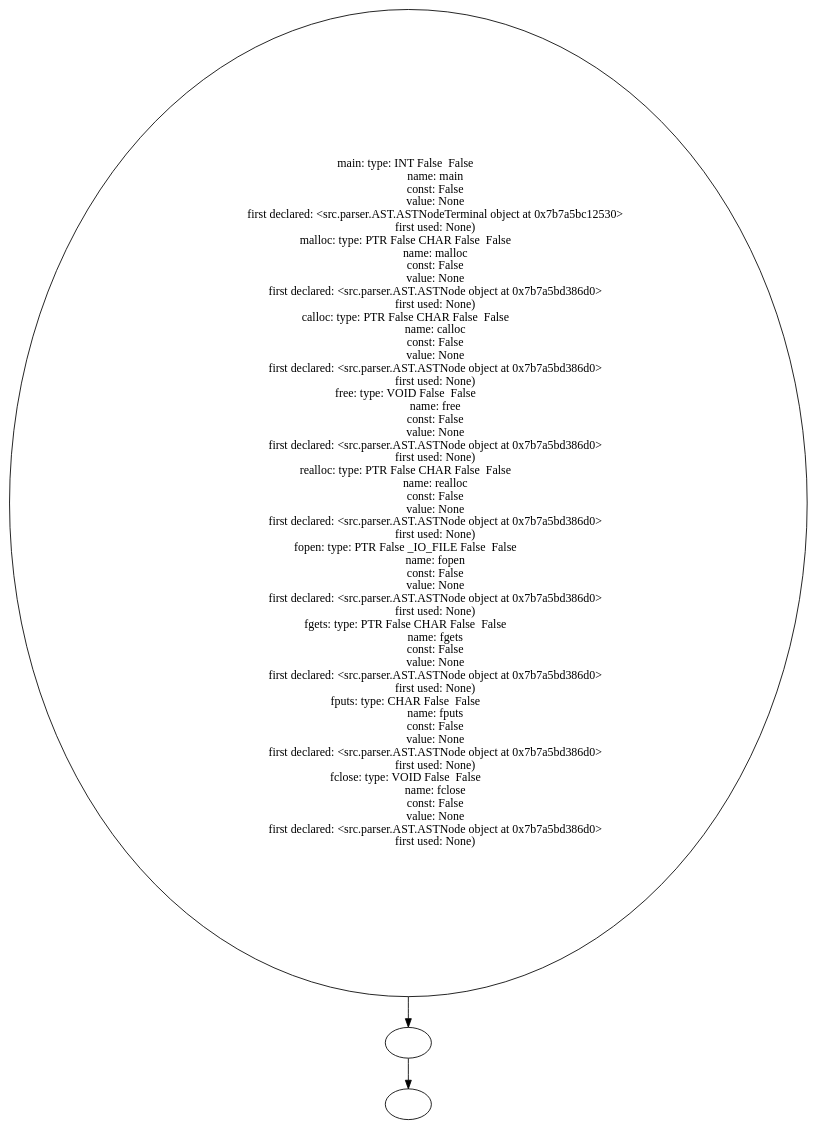
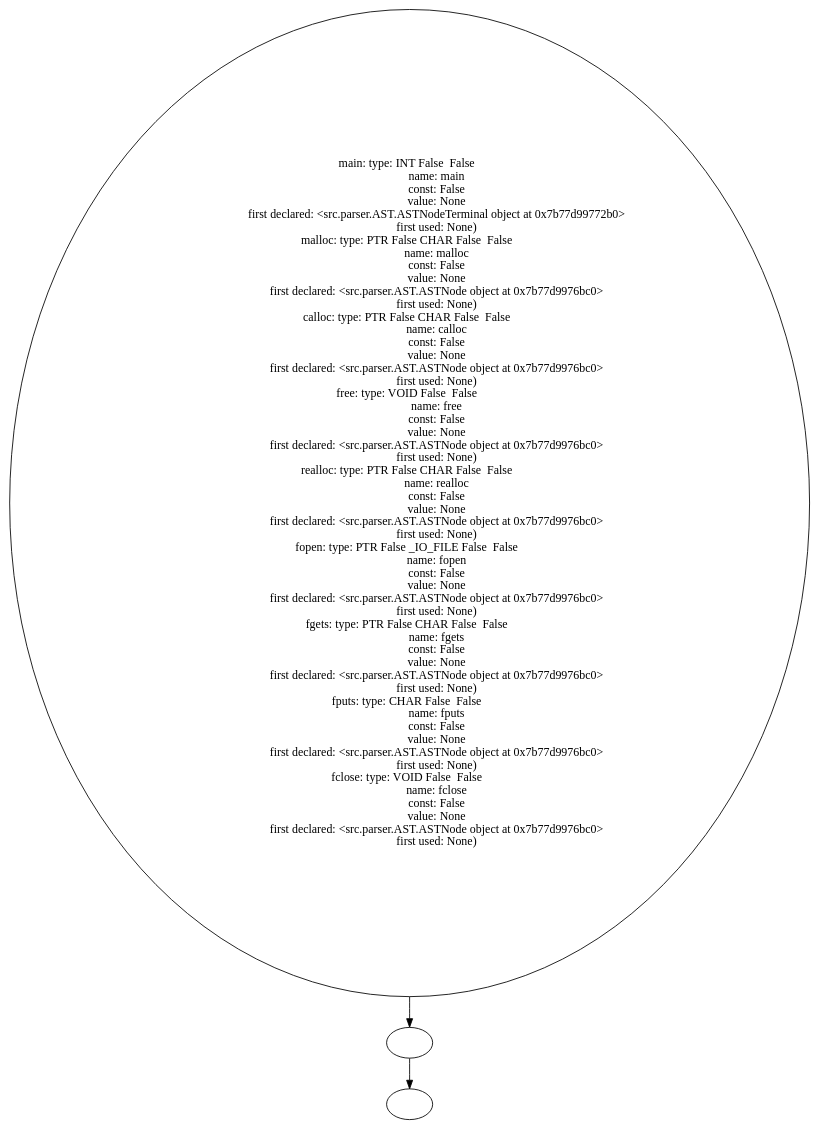
Before and after one commit to Are-you-listening/Compilers: the diagram in example_source_files/20_6_semantic_errors/20_6_semantic_errors_table.dot, drawn with Graphviz. The commit also changed 286 other files, not shown here.

```diff
--- a/example_source_files/20_6_semantic_errors/20_6_semantic_errors_table.dot
+++ b/example_source_files/20_6_semantic_errors/20_6_semantic_errors_table.dot
@@ -1,60 +1,60 @@
 digraph AST {
-  "135765455607488" [label="main: type: INT False  False  
+  "135754681907472" [label="main: type: INT False  False  
                    name: main
                    const: False
                    value: None
-                   first declared: <src.parser.AST.ASTNodeTerminal object at 0x7b7a5bc12530>
+                   first declared: <src.parser.AST.ASTNodeTerminal object at 0x7b77d99772b0>
                    first used: None)
 malloc: type: PTR False CHAR False  False  
                    name: malloc
                    const: False
                    value: None
-                   first declared: <src.parser.AST.ASTNode object at 0x7b7a5bd386d0>
+                   first declared: <src.parser.AST.ASTNode object at 0x7b77d9976bc0>
                    first used: None)
 calloc: type: PTR False CHAR False  False  
                    name: calloc
                    const: False
                    value: None
-                   first declared: <src.parser.AST.ASTNode object at 0x7b7a5bd386d0>
+                   first declared: <src.parser.AST.ASTNode object at 0x7b77d9976bc0>
                    first used: None)
 free: type: VOID False  False  
                    name: free
                    const: False
                    value: None
-                   first declared: <src.parser.AST.ASTNode object at 0x7b7a5bd386d0>
+                   first declared: <src.parser.AST.ASTNode object at 0x7b77d9976bc0>
                    first used: None)
 realloc: type: PTR False CHAR False  False  
                    name: realloc
                    const: False
                    value: None
-                   first declared: <src.parser.AST.ASTNode object at 0x7b7a5bd386d0>
+                   first declared: <src.parser.AST.ASTNode object at 0x7b77d9976bc0>
                    first used: None)
 fopen: type: PTR False _IO_FILE False  False  
                    name: fopen
                    const: False
                    value: None
-                   first declared: <src.parser.AST.ASTNode object at 0x7b7a5bd386d0>
+                   first declared: <src.parser.AST.ASTNode object at 0x7b77d9976bc0>
                    first used: None)
 fgets: type: PTR False CHAR False  False  
                    name: fgets
                    const: False
                    value: None
-                   first declared: <src.parser.AST.ASTNode object at 0x7b7a5bd386d0>
+                   first declared: <src.parser.AST.ASTNode object at 0x7b77d9976bc0>
                    first used: None)
 fputs: type: CHAR False  False  
                    name: fputs
                    const: False
                    value: None
-                   first declared: <src.parser.AST.ASTNode object at 0x7b7a5bd386d0>
+                   first declared: <src.parser.AST.ASTNode object at 0x7b77d9976bc0>
                    first used: None)
 fclose: type: VOID False  False  
                    name: fclose
                    const: False
                    value: None
-                   first declared: <src.parser.AST.ASTNode object at 0x7b7a5bd386d0>
+                   first declared: <src.parser.AST.ASTNode object at 0x7b77d9976bc0>
                    first used: None)"];
-  "135765455607488" -> "135765455608448";
-  "135765455608448" [label=""];
-  "135765455608448" -> "135765455616080";
-  "135765455616080" [label=""];
+  "135754681907472" -> "135754681899024";
+  "135754681899024" [label=""];
+  "135754681899024" -> "135754681904544";
+  "135754681904544" [label=""];
 }
```
